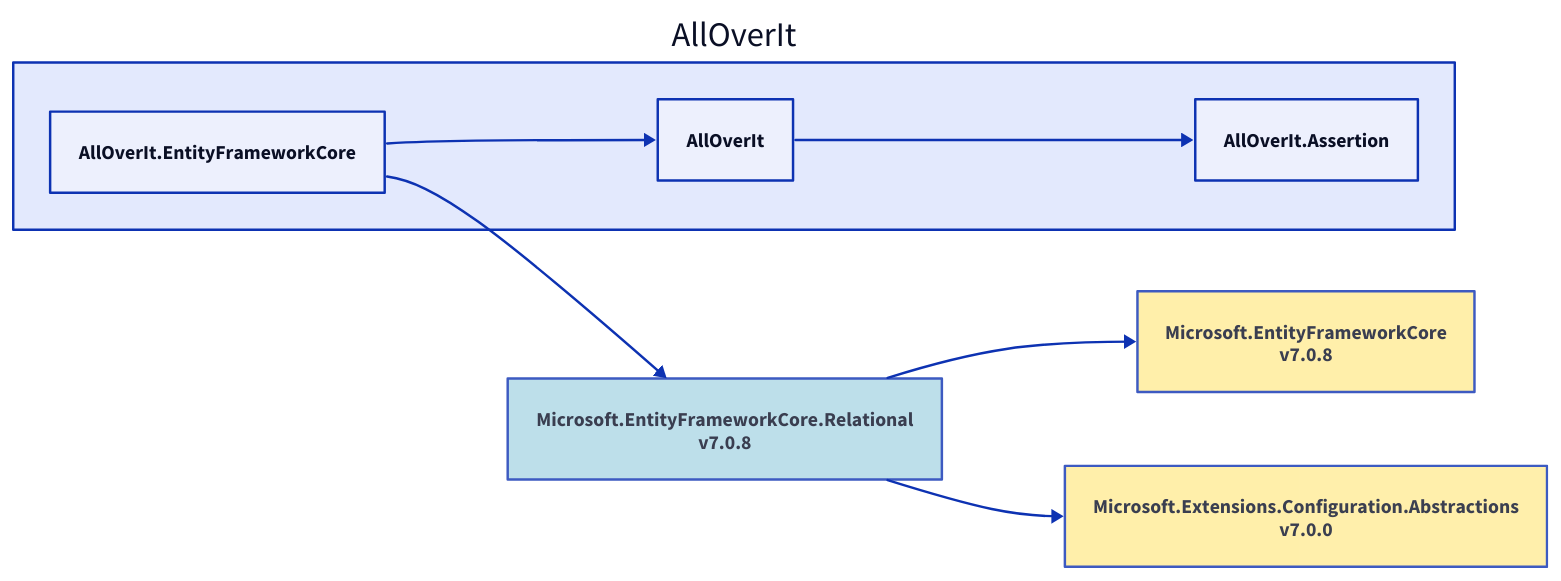
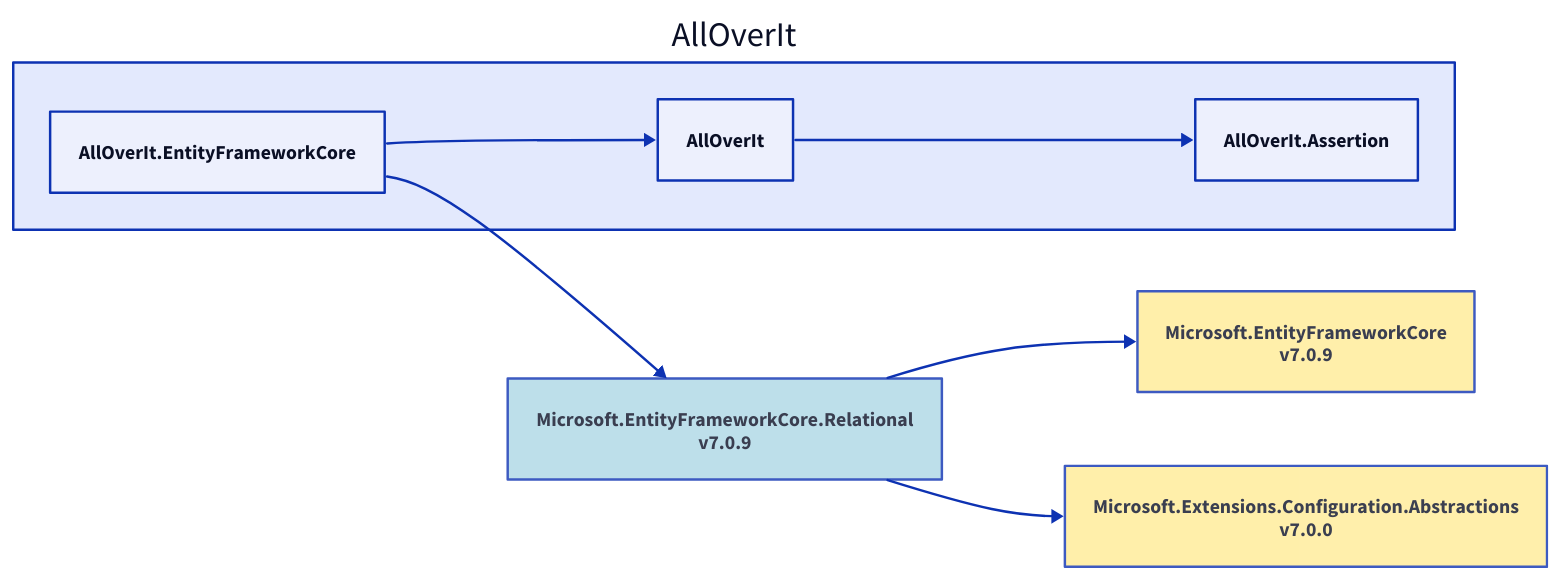
The diagram in Docs/Dependencies/alloverit-entityframeworkcore.d2 (nickathone/AllOverIt), drawn with D2 before and after one commit. The commit also changed 12 other files, not shown here.

Commit message:
Diagram updates

```diff
--- a/Docs/Dependencies/alloverit-entityframeworkcore.d2
+++ b/Docs/Dependencies/alloverit-entityframeworkcore.d2
@@ -1,20 +1,20 @@
 direction: right
 
 aoi: AllOverIt
 aoi.alloverit-entityframeworkcore: AllOverIt.EntityFrameworkCore
-microsoft-entityframeworkcore-relational_7-0-8: Microsoft.EntityFrameworkCore.Relational\nv7.0.8
-microsoft-entityframeworkcore-relational_7-0-8.style.fill: "#ADD8E6"
-microsoft-entityframeworkcore-relational_7-0-8.style.opacity: 0.8
-microsoft-entityframeworkcore_7-0-8: Microsoft.EntityFrameworkCore\nv7.0.8
-microsoft-entityframeworkcore_7-0-8.style.fill: "#FFEC96"
-microsoft-entityframeworkcore_7-0-8.style.opacity: 0.8
-microsoft-entityframeworkcore_7-0-8 <- microsoft-entityframeworkcore-relational_7-0-8
+microsoft-entityframeworkcore-relational_7-0-9: Microsoft.EntityFrameworkCore.Relational\nv7.0.9
+microsoft-entityframeworkcore-relational_7-0-9.style.fill: "#ADD8E6"
+microsoft-entityframeworkcore-relational_7-0-9.style.opacity: 0.8
+microsoft-entityframeworkcore_7-0-9: Microsoft.EntityFrameworkCore\nv7.0.9
+microsoft-entityframeworkcore_7-0-9.style.fill: "#FFEC96"
+microsoft-entityframeworkcore_7-0-9.style.opacity: 0.8
+microsoft-entityframeworkcore_7-0-9 <- microsoft-entityframeworkcore-relational_7-0-9
 microsoft-extensions-configuration-abstractions_7-0-0: Microsoft.Extensions.Configuration.Abstractions\nv7.0.0
 microsoft-extensions-configuration-abstractions_7-0-0.style.fill: "#FFEC96"
 microsoft-extensions-configuration-abstractions_7-0-0.style.opacity: 0.8
-microsoft-extensions-configuration-abstractions_7-0-0 <- microsoft-entityframeworkcore-relational_7-0-8
-microsoft-entityframeworkcore-relational_7-0-8 <- aoi.alloverit-entityframeworkcore
+microsoft-extensions-configuration-abstractions_7-0-0 <- microsoft-entityframeworkcore-relational_7-0-9
+microsoft-entityframeworkcore-relational_7-0-9 <- aoi.alloverit-entityframeworkcore
 aoi.alloverit: AllOverIt
 aoi.alloverit-assertion: AllOverIt.Assertion
 aoi.alloverit-assertion <- aoi.alloverit
 aoi.alloverit <- aoi.alloverit-entityframeworkcore
```
